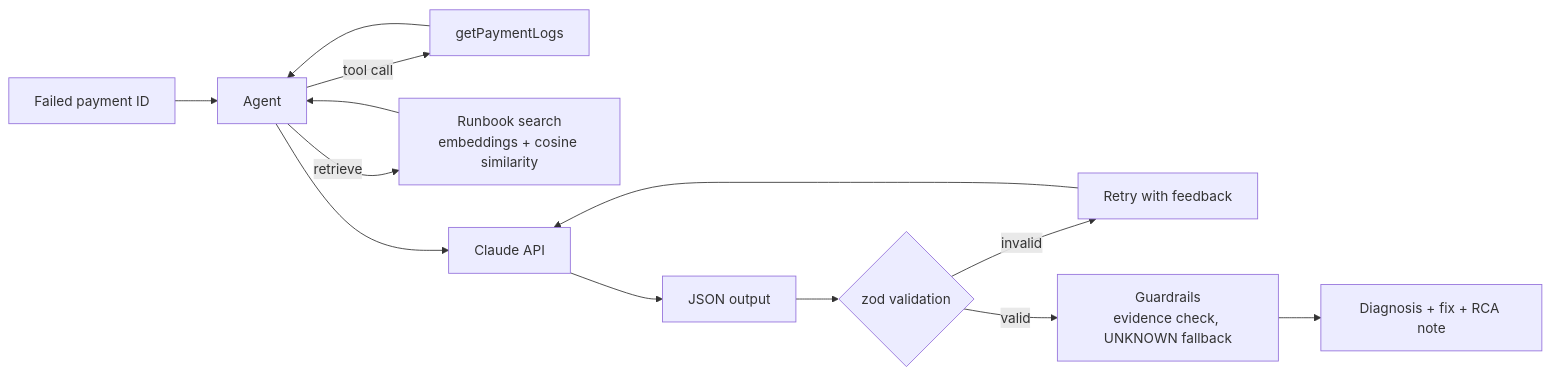
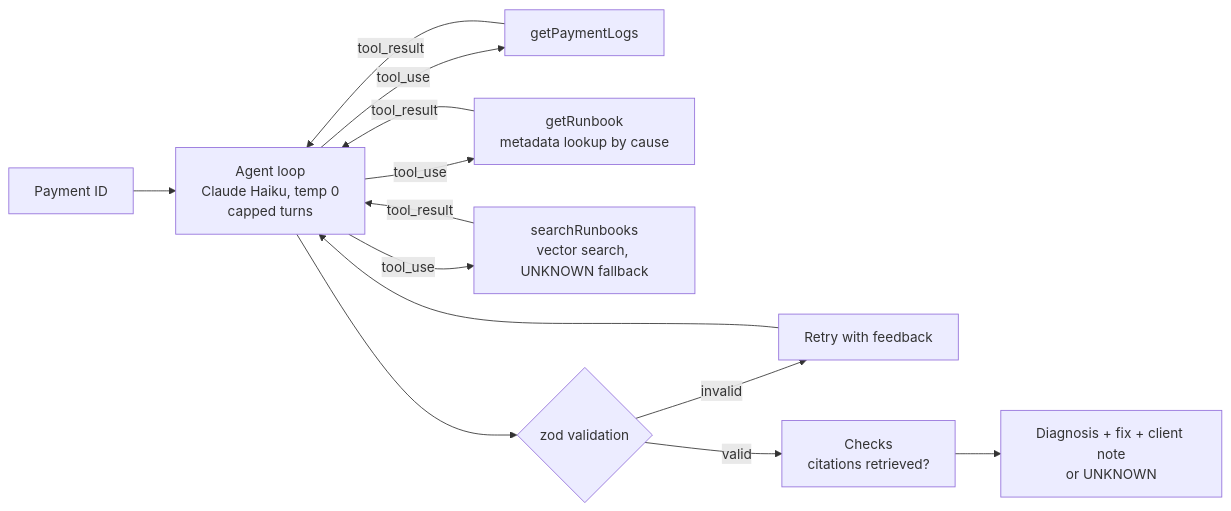
Before and after one commit to sinhaa-aankit/payment-rca-agent: the diagram in README.md, drawn with Mermaid. The commit also changed other lines of this file, not shown here.

````diff
--- a/README.md
+++ b/README.md
@@ -53,15 +57,15 @@
 ```mermaid
 flowchart LR
-    A[Failed payment ID] --> B[Agent]
-    B -->|tool call| C[getPaymentLogs]
-    B -->|retrieve| D[Runbook search<br/>embeddings + cosine similarity]
-    C --> B
-    D --> B
-    B --> E[Claude API]
-    E --> F[JSON output]
-    F --> G{zod validation}
-    G -->|invalid| H[Retry with feedback]
-    H --> E
-    G -->|valid| I[Guardrails<br/>evidence check, UNKNOWN fallback]
-    I --> J[Diagnosis + fix + RCA note]
+    A[Payment ID] --> B[Agent loop<br/>Claude Haiku, temp 0<br/>capped turns]
+    B -->|tool_use| C[getPaymentLogs]
+    B -->|tool_use| D[getRunbook<br/>metadata lookup by cause]
+    B -->|tool_use| E[searchRunbooks<br/>vector search, UNKNOWN fallback]
+    C -->|tool_result| B
+    D -->|tool_result| B
+    E -->|tool_result| B
+    B --> F{zod validation}
+    F -->|invalid| G[Retry with feedback]
+    G --> B
+    F -->|valid| H[Checks<br/>citations retrieved?]
+    H --> I[Diagnosis + fix + client note<br/>or UNKNOWN]
 ```
````
